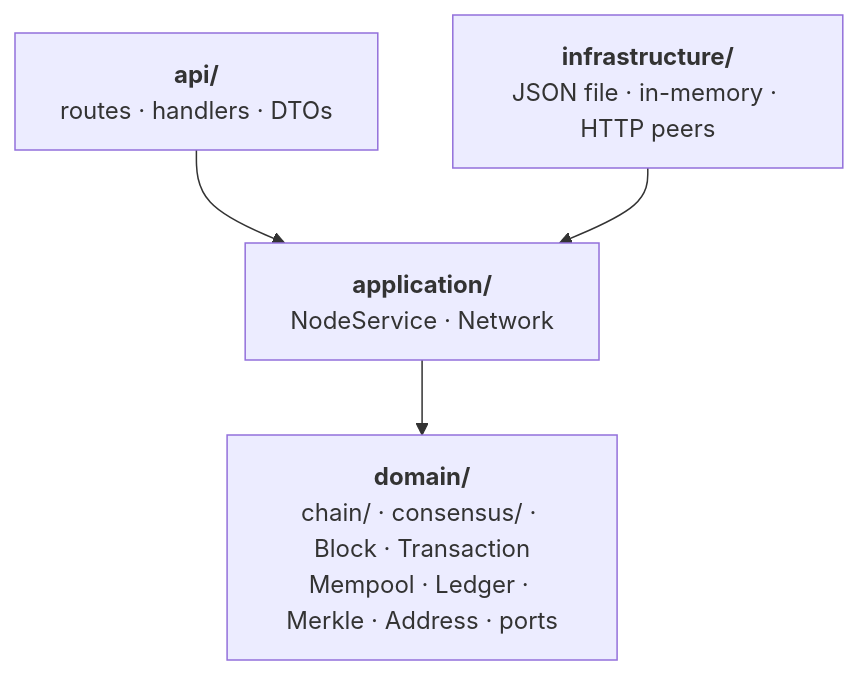
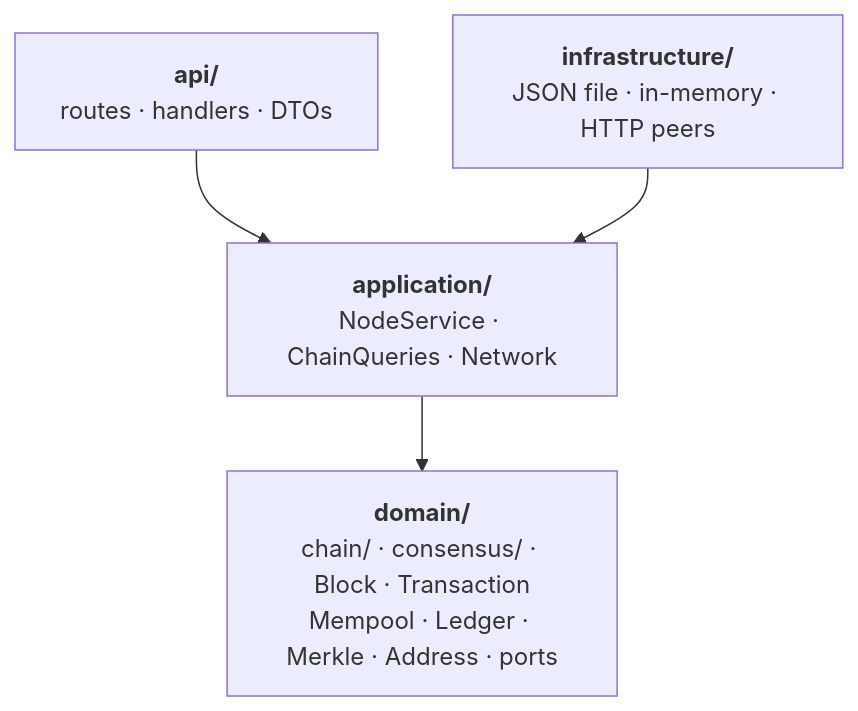
Before and after one commit to alex-quiterio/blockchain-rs: the fifth of 5 diagrams in README.md, drawn with Mermaid. The commit also changed other lines of this file and 7 other files, not shown here.

First line of the commit message:
Split the reads out of NodeService into ChainQueries

````diff
--- a/README.md
+++ b/README.md
@@ -199,7 +199,7 @@
 ```mermaid
 flowchart TB
     api["<b>api/</b><br/>routes · handlers · DTOs"] --> app
     infra["<b>infrastructure/</b><br/>JSON file · in-memory · HTTP peers"] --> app
-    app["<b>application/</b><br/>NodeService · Network"] --> domain
+    app["<b>application/</b><br/>NodeService · ChainQueries · Network"] --> domain
     domain["<b>domain/</b><br/>chain/ · consensus/ · Block · Transaction<br/>Mempool · Ledger · Merkle · Address · ports"]
 ```
````
